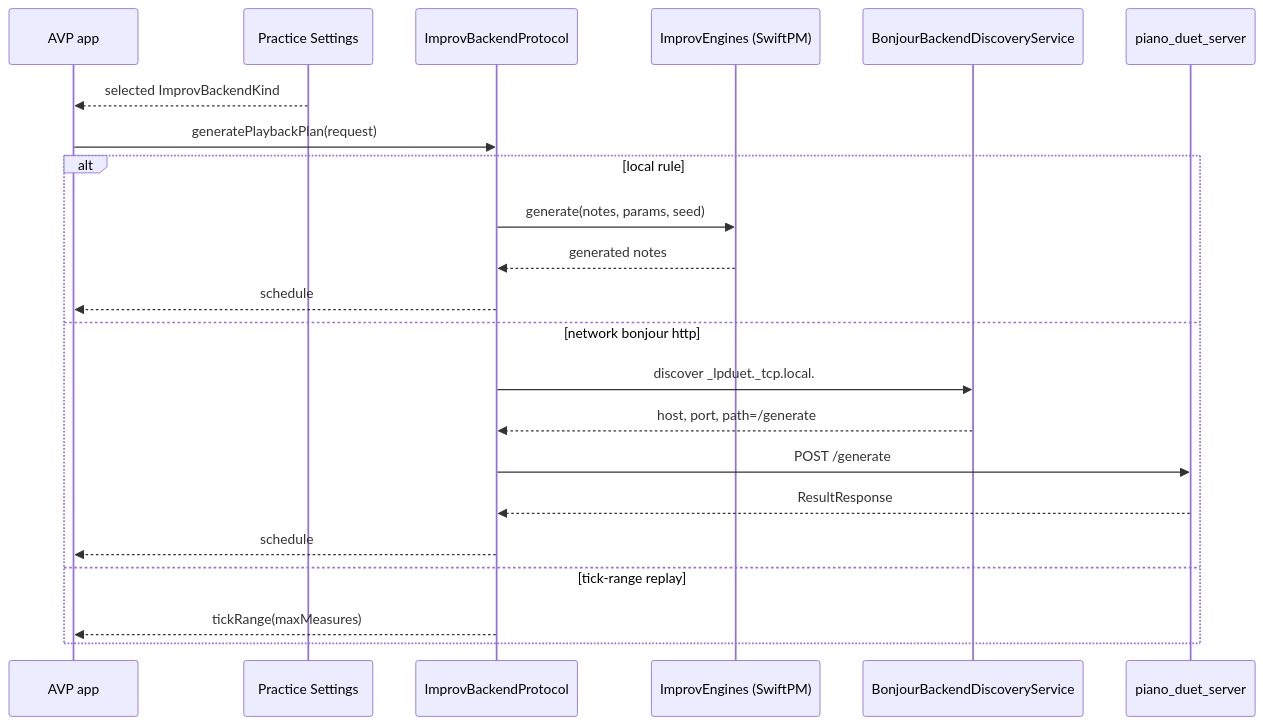
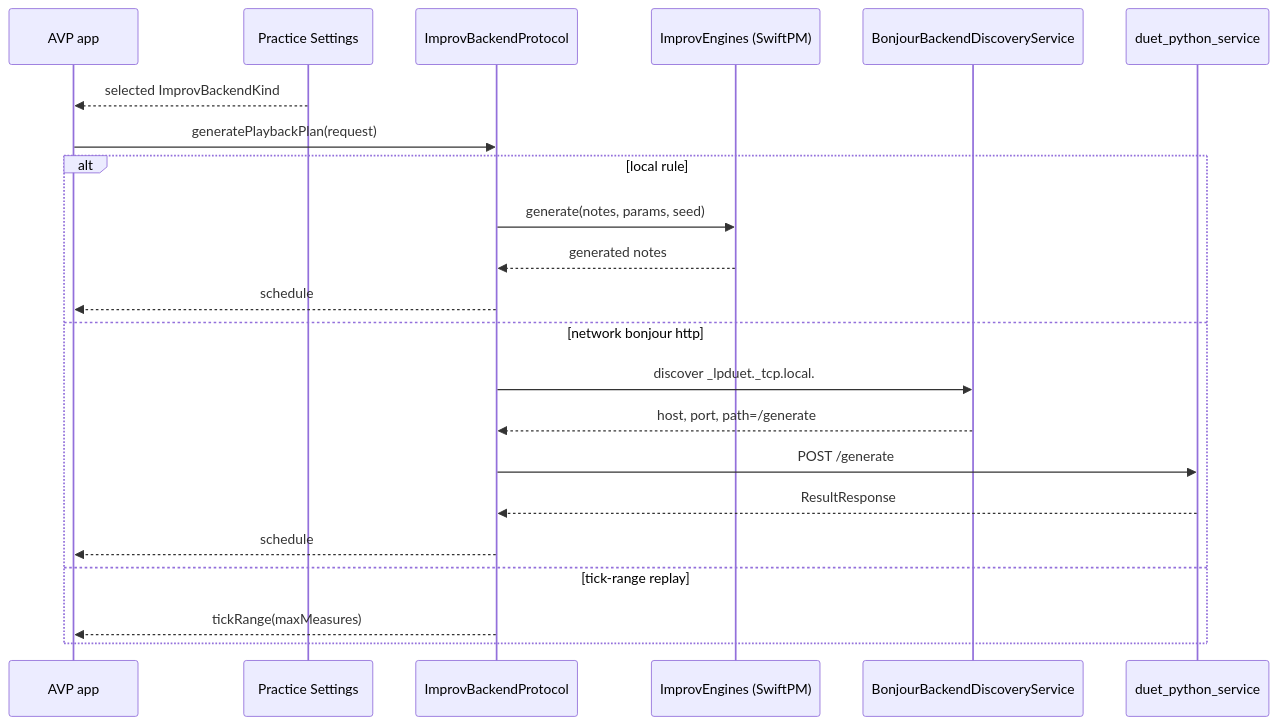
The fourth of 4 diagrams in docs/data-flow.md (chiimagnus/HappyPianist), drawn with Mermaid before and after one commit. The commit also changed other lines of this file and 35 other files, not shown here.

````diff
--- a/docs/data-flow.md
+++ b/docs/data-flow.md
@@ -107,25 +107,25 @@
 ```mermaid
 sequenceDiagram
   participant AVP as AVP app
   participant Settings as Practice Settings
   participant Backend as ImprovBackendProtocol
   participant Engines as ImprovEngines (SwiftPM)
   participant Bonjour as BonjourBackendDiscoveryService
-  participant API as piano_duet_server
+  participant API as duet_python_service
 
   Settings-->>AVP: selected ImprovBackendKind
   AVP->>Backend: generatePlaybackPlan(request)
   alt local rule
     Backend->>Engines: generate(notes, params, seed)
     Engines-->>Backend: generated notes
     Backend-->>AVP: schedule
   else network bonjour http
     Backend->>Bonjour: discover _lpduet._tcp.local.
     Bonjour-->>Backend: host, port, path=/generate
     Backend->>API: POST /generate
     API-->>Backend: ResultResponse
     Backend-->>AVP: schedule
   else tick-range replay
     Backend-->>AVP: tickRange(maxMeasures)
   end
 ```
````
